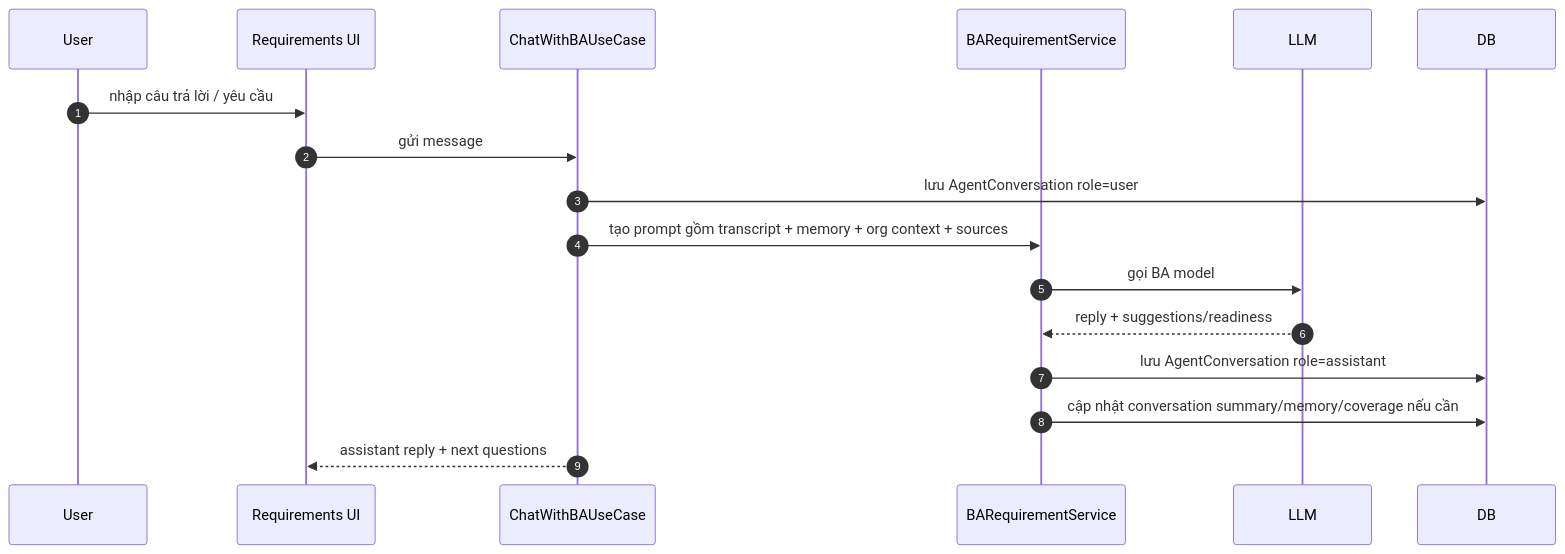
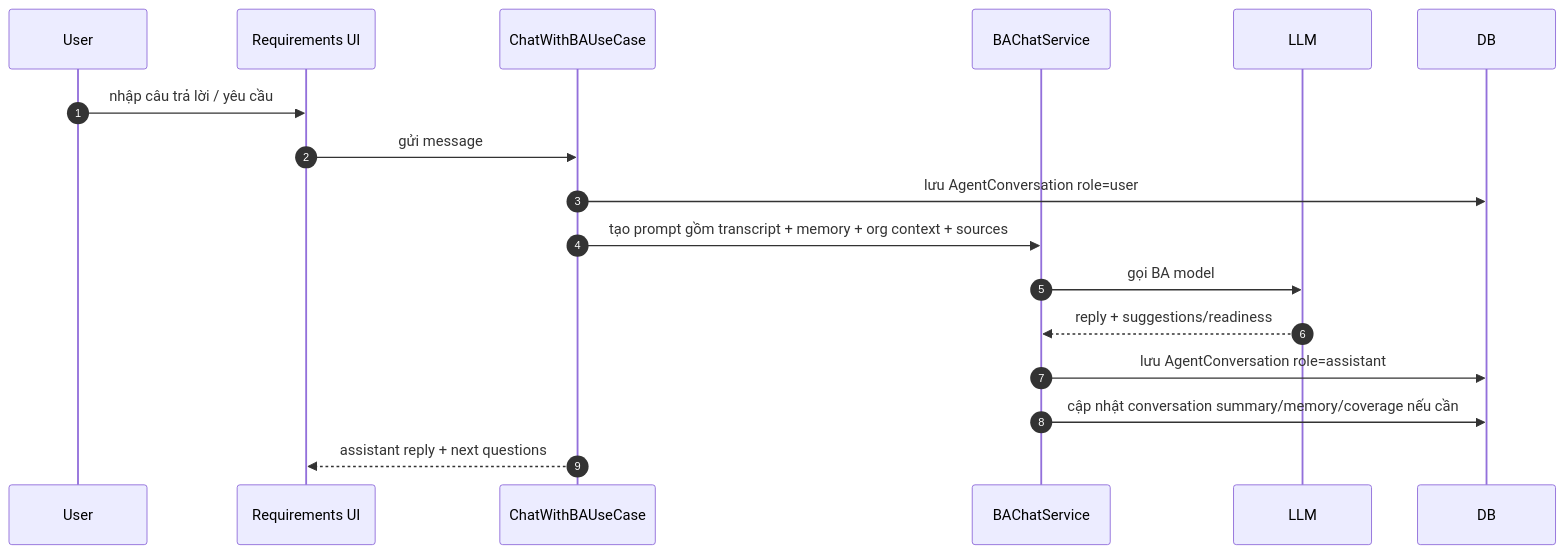
Before and after one commit to Songlong0506/ICOGenerator-v4: the fourth of 13 diagrams in docs/BusinessFlow.md, drawn with Mermaid. The commit also changed other lines of this file and 24 other files, not shown here.

First line of the commit message:
Refactor: tách BARequirementService (832 dòng, 17 dependency) theo use case

````diff
--- a/docs/BusinessFlow.md
+++ b/docs/BusinessFlow.md
@@ -74,20 +74,20 @@
 ```mermaid
 sequenceDiagram
     autonumber
     participant U as User
     participant UI as Requirements UI
     participant UC as ChatWithBAUseCase
-    participant BA as BARequirementService
+    participant BA as BAChatService
     participant LLM as LLM
     participant DB as DB
 
     U->>UI: nhập câu trả lời / yêu cầu
     UI->>UC: gửi message
     UC->>DB: lưu AgentConversation role=user
     UC->>BA: tạo prompt gồm transcript + memory + org context + sources
     BA->>LLM: gọi BA model
     LLM-->>BA: reply + suggestions/readiness
     BA->>DB: lưu AgentConversation role=assistant
     BA->>DB: cập nhật conversation summary/memory/coverage nếu cần
     UC-->>UI: assistant reply + next questions
 ```
````
